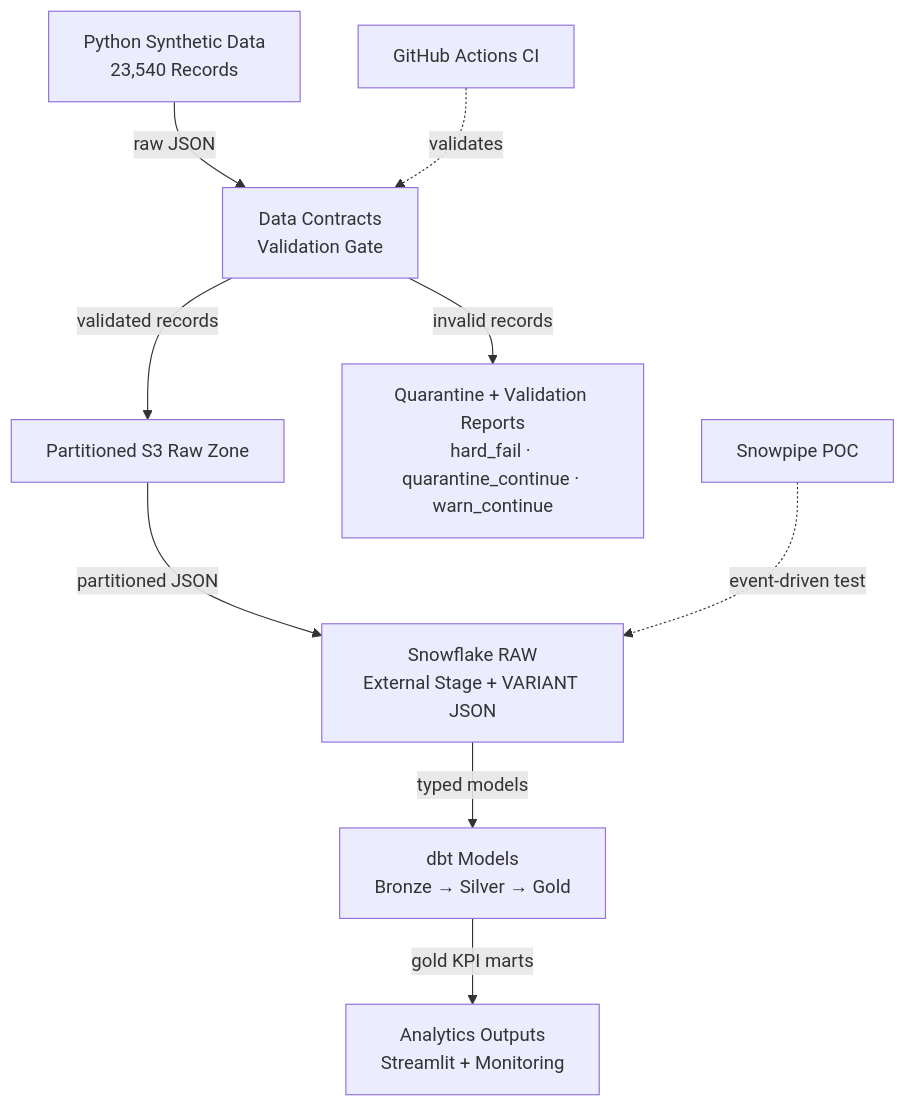
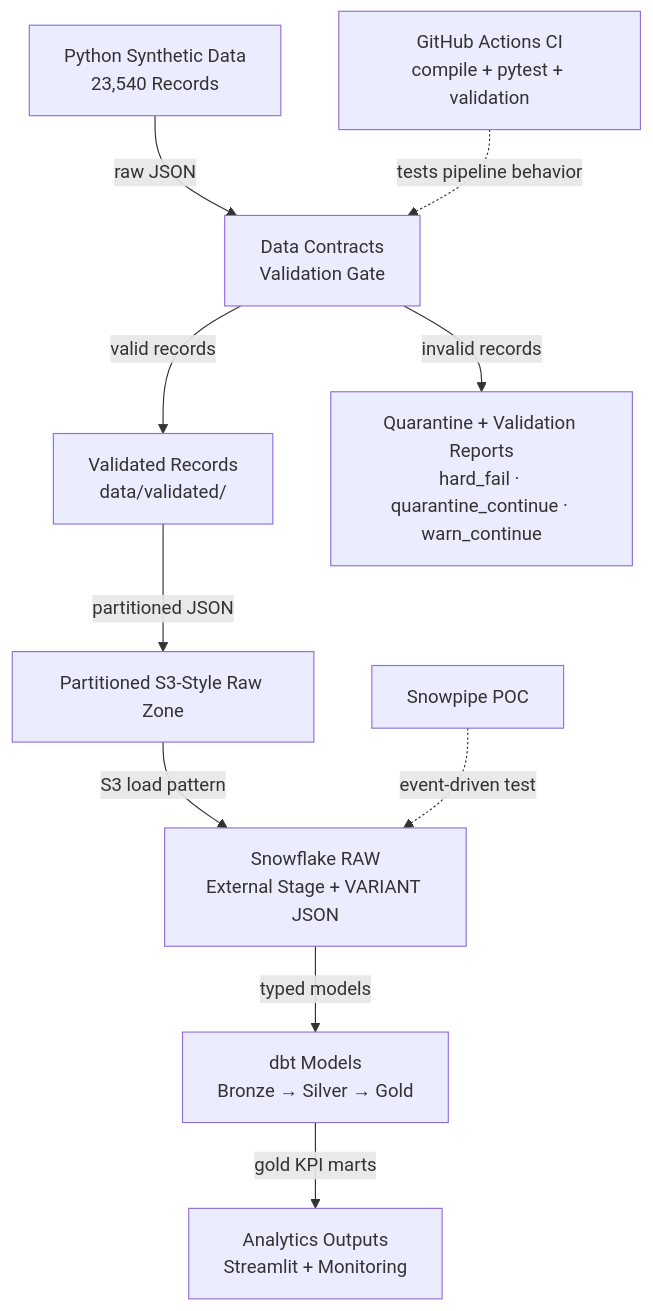
Before and after one commit to samahmedQA/fraud-dispute-analytics-pipeline: the diagram in README.md, drawn with Mermaid. The commit also changed other lines of this file, not shown here.

````diff
--- a/README.md
+++ b/README.md
@@ -67,22 +81,24 @@
 ```mermaid
 flowchart TD
     A["Python Synthetic Data<br/>23,540 Records"]
     B["Data Contracts<br/>Validation Gate"]
-    C["Partitioned S3 Raw Zone"]
+    V["Validated Records<br/>data/validated/"]
+    C["Partitioned S3-Style Raw Zone"]
     D["Snowflake RAW<br/>External Stage + VARIANT JSON"]
     E["dbt Models<br/>Bronze → Silver → Gold"]
     F["Analytics Outputs<br/>Streamlit + Monitoring"]
     G["Quarantine + Validation Reports<br/>hard_fail · quarantine_continue · warn_continue"]
-    I["GitHub Actions CI"]
+    I["GitHub Actions CI<br/>compile + pytest + validation"]
     J["Snowpipe POC"]
 
     A -->|"raw JSON"| B
-    B -->|"validated records"| C
+    B -->|"valid records"| V
     B -->|"invalid records"| G
-    C -->|"partitioned JSON"| D
+    V -->|"partitioned JSON"| C
+    C -->|"S3 load pattern"| D
     D -->|"typed models"| E
     E -->|"gold KPI marts"| F
 
-    I -. "validates" .-> B
+    I -. "tests pipeline behavior" .-> B
     J -. "event-driven test" .-> D
 ```
````
